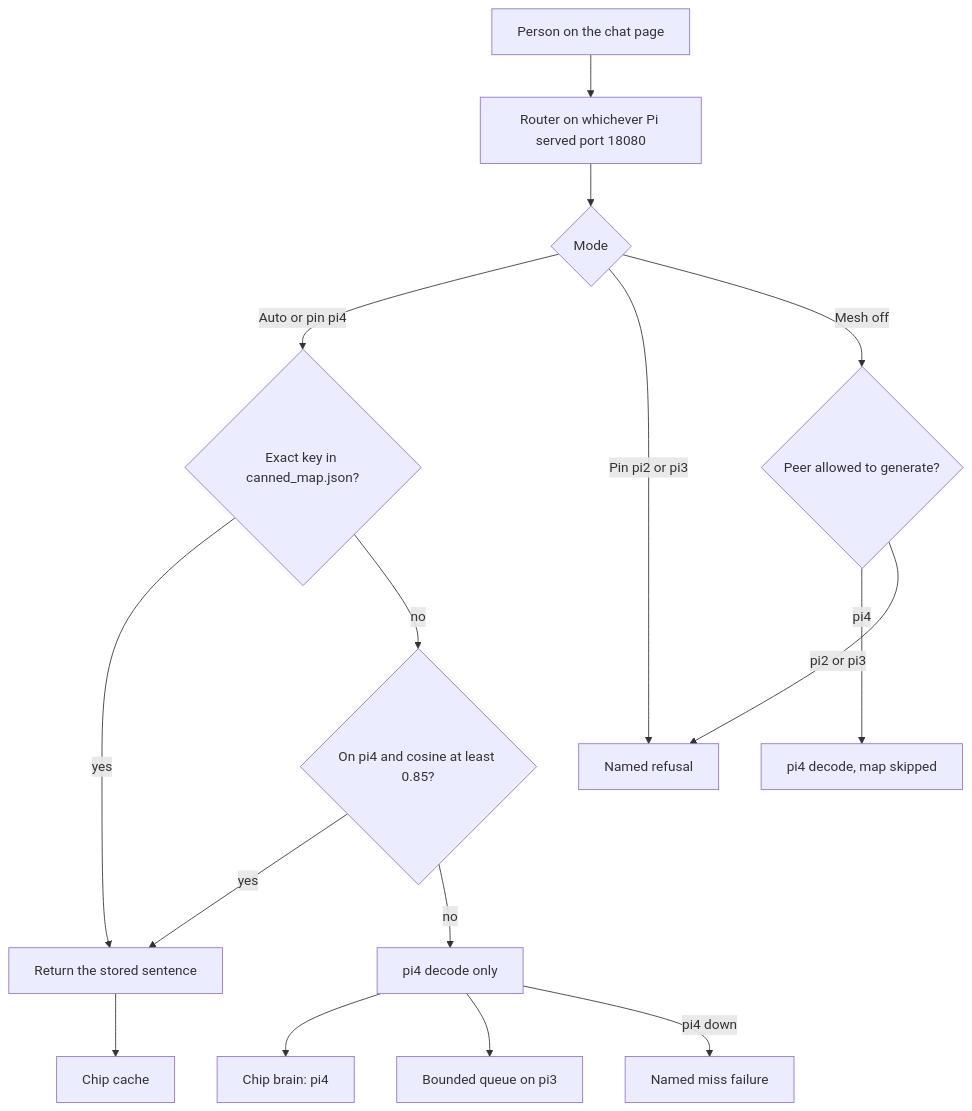
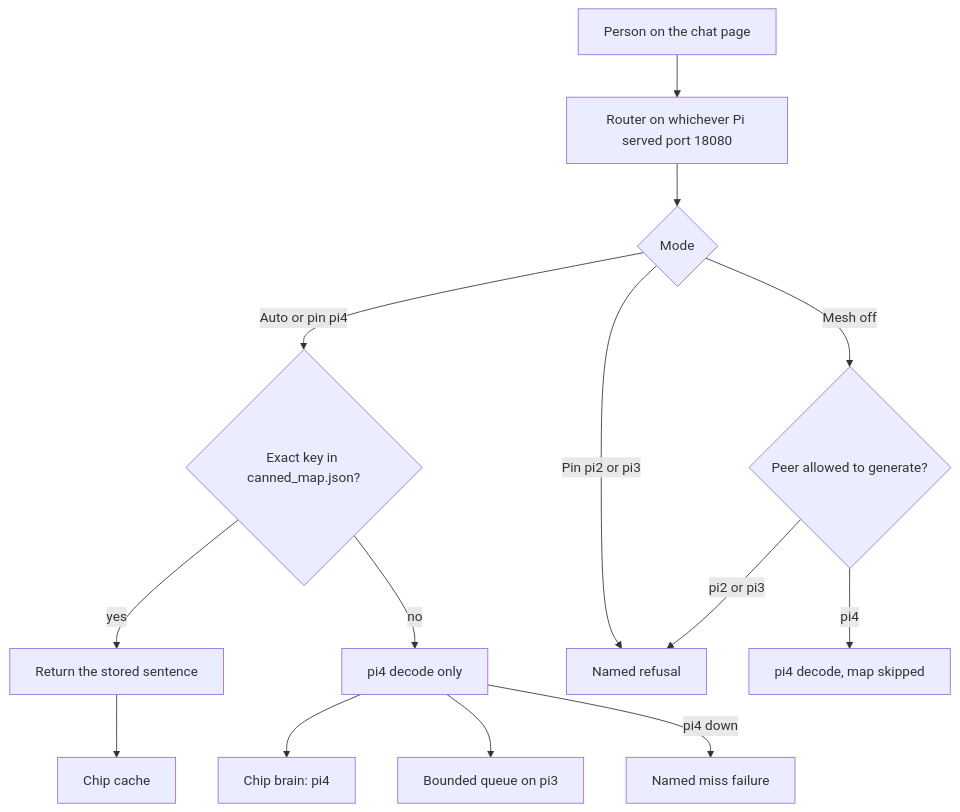
The first of 2 diagrams in README.md (akashnaren/raspberry-pi-fun), drawn with Mermaid before and after one commit. The commit also changed other lines of this file and 52 other files, not shown here.

````diff
--- a/README.md
+++ b/README.md
@@ -103,18 +97,16 @@
 ```mermaid
 flowchart TD
   U[Person on the chat page] --> R[Router on whichever Pi served port 18080]
   R --> M{Mode}
   M -->|Auto or pin pi4| Q{Exact key in canned_map.json?}
   Q -->|yes| C[Return the stored sentence]
   C --> ChipC[Chip cache]
-  Q -->|no| S{On pi4 and cosine at least 0.85?}
-  S -->|yes| C
-  S -->|no| B[pi4 decode only]
+  Q -->|no| B[pi4 decode only]
   B --> ChipB[Chip brain: pi4]
   B --> L[Bounded queue on pi3]
   M -->|Pin pi2 or pi3| X[Named refusal]
   M -->|Mesh off| D{Peer allowed to generate?}
   D -->|pi4| B2[pi4 decode, map skipped]
   D -->|pi2 or pi3| X
   B -->|pi4 down| E[Named miss failure]
 ```
````
